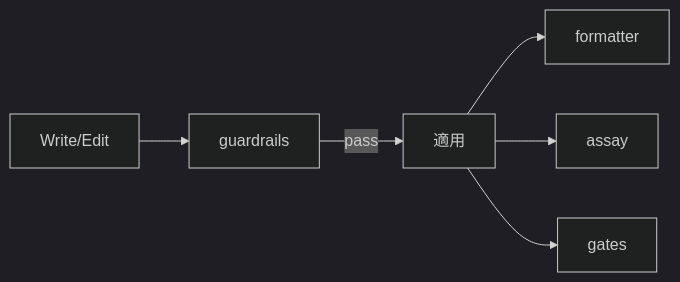
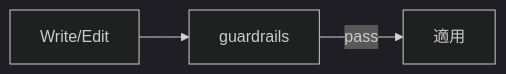
One commit to thkt/dotclaude changed the diagram in .ja/docs/HOOKS.md. Above: the diagram before and after it, drawn with Mermaid (dark theme). The commit also changed other lines of this file and 8 other files, not shown here.

First line of the commit message:
chore(hooks): gates・assay・formatter の 3 hook を settings.json から外す

````diff
--- a/.ja/docs/HOOKS.md
+++ b/.ja/docs/HOOKS.md
@@ -127,8 +127,5 @@
 ```mermaid
 flowchart LR
     W[Write/Edit] --> G[guardrails]
     G -->|pass| AP[適用]
-    AP --> F[formatter]
-    AP --> A[assay]
-    AP --> GA[gates]
 ```
````
